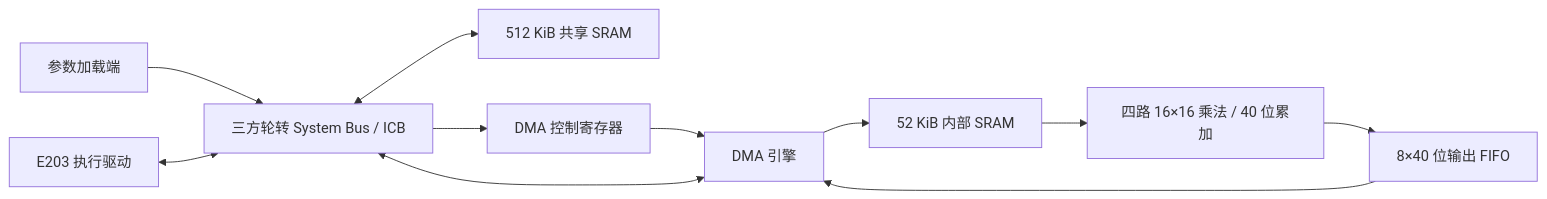
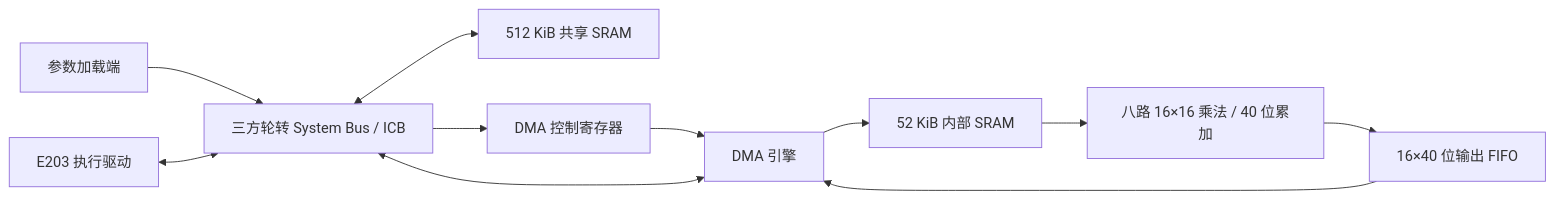
Before and after one commit to hhaxi/keyword_transfomer_accelerator: the diagram in docs/architecture.md, drawn with Mermaid. The commit also changed other lines of this file and 26 other files, not shown here.

````diff
--- a/docs/architecture.md
+++ b/docs/architecture.md
@@ -61,13 +61,13 @@
 ```mermaid
 flowchart LR
     H[参数加载端] --> B[三方轮转 System Bus / ICB]
     C[E203 执行驱动] <--> B
     B <--> S[512 KiB 共享 SRAM]
     B --> A[DMA 控制寄存器]
     A --> E[DMA 引擎]
     E <--> B
     E --> M[52 KiB 内部 SRAM]
-    M --> D[四路 16×16 乘法 / 40 位累加]
-    D --> O[8×40 位输出 FIFO]
+    M --> D[八路 16×16 乘法 / 40 位累加]
+    D --> O[16×40 位输出 FIFO]
     O --> E
 ```
````
